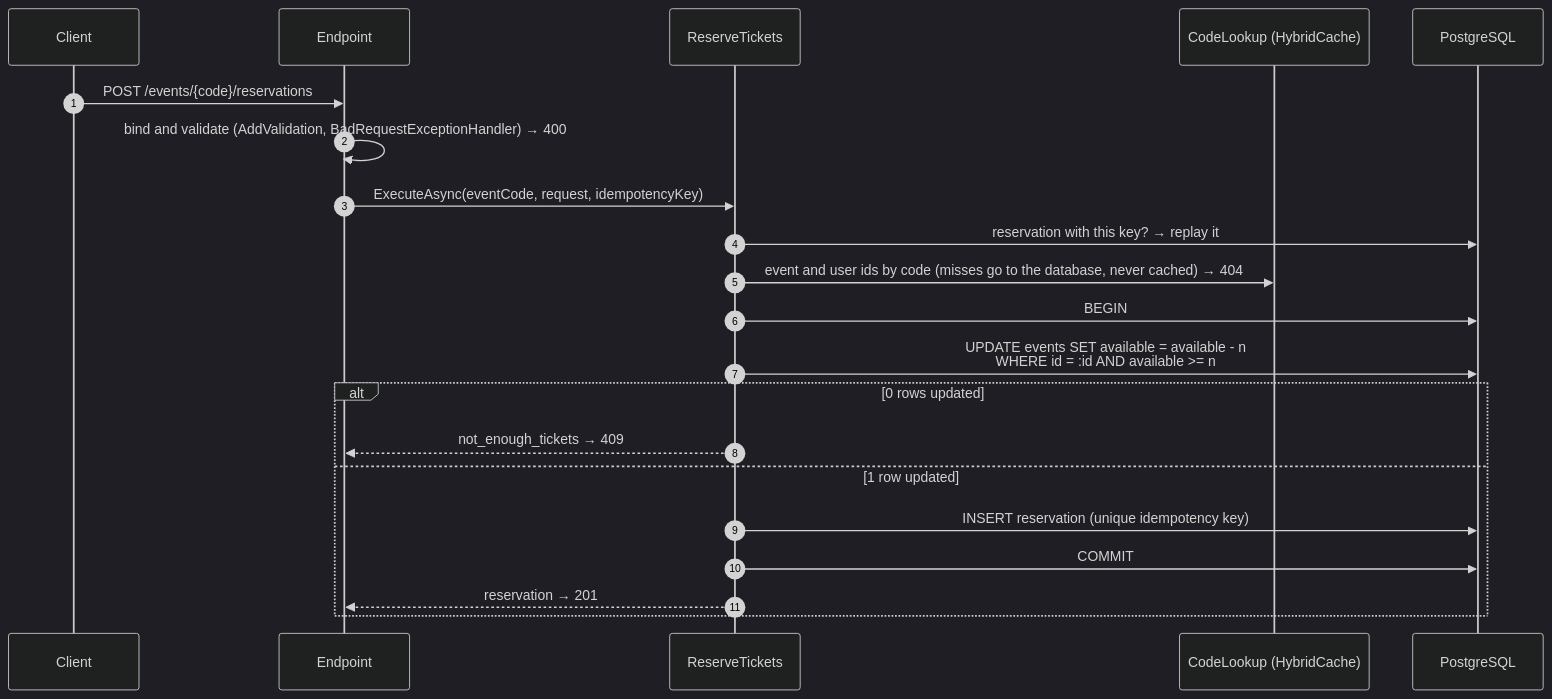
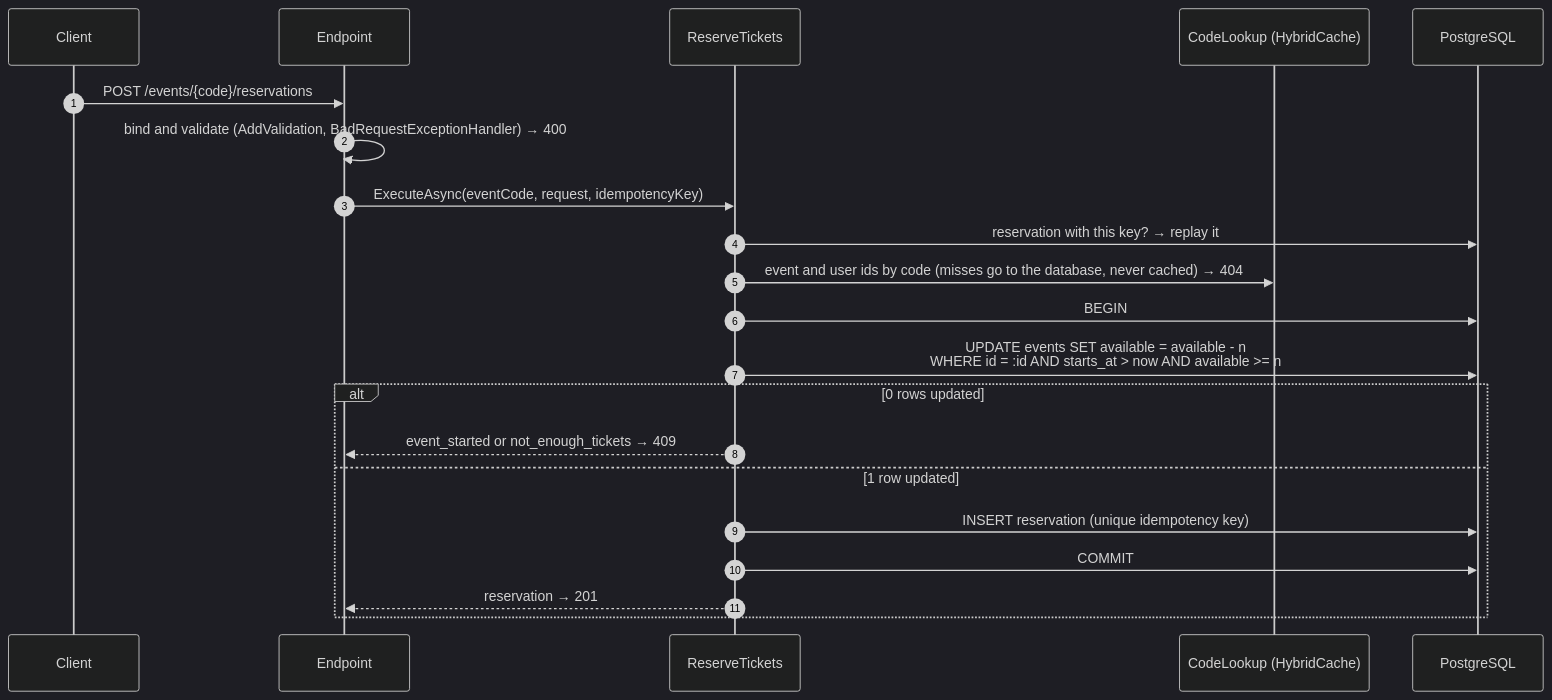
Before and after one commit to juanfernandez03/funevents-ticketing: the third of 3 diagrams in README.md, drawn with Mermaid (dark theme). The commit also changed other lines of this file and 3 other files, not shown here.

First line of the commit message:
fix(reservations): close sales when the event starts (green)

````diff
--- a/README.md
+++ b/README.md
@@ -249,24 +249,24 @@
 ```mermaid
 sequenceDiagram
     autonumber
     participant c as Client
     participant e as Endpoint
     participant u as ReserveTickets
     participant h as CodeLookup (HybridCache)
     participant db as PostgreSQL
 
     c->>e: POST /events/{code}/reservations
     e->>e: bind and validate (AddValidation, BadRequestExceptionHandler) → 400
     e->>u: ExecuteAsync(eventCode, request, idempotencyKey)
     u->>db: reservation with this key? → replay it
     u->>h: event and user ids by code (misses go to the database, never cached) → 404
     u->>db: BEGIN
-    u->>db: UPDATE events SET available = available - n<br/>WHERE id = :id AND available >= n
+    u->>db: UPDATE events SET available = available - n<br/>WHERE id = :id AND starts_at > now AND available >= n
     alt 0 rows updated
-        u-->>e: not_enough_tickets → 409
+        u-->>e: event_started or not_enough_tickets → 409
     else 1 row updated
         u->>db: INSERT reservation (unique idempotency key)
         u->>db: COMMIT
         u-->>e: reservation → 201
     end
 ```
````
